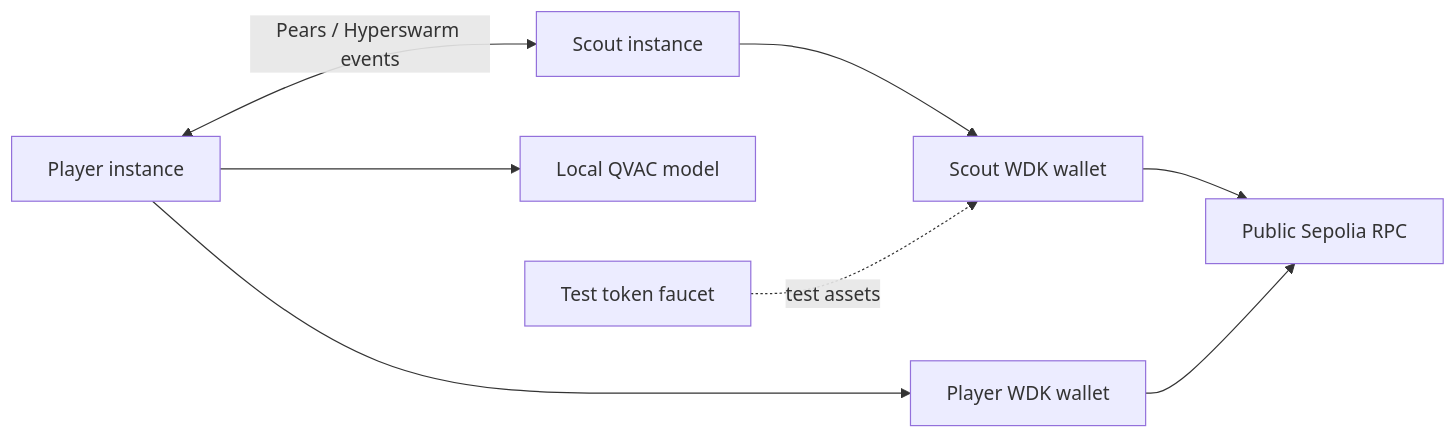
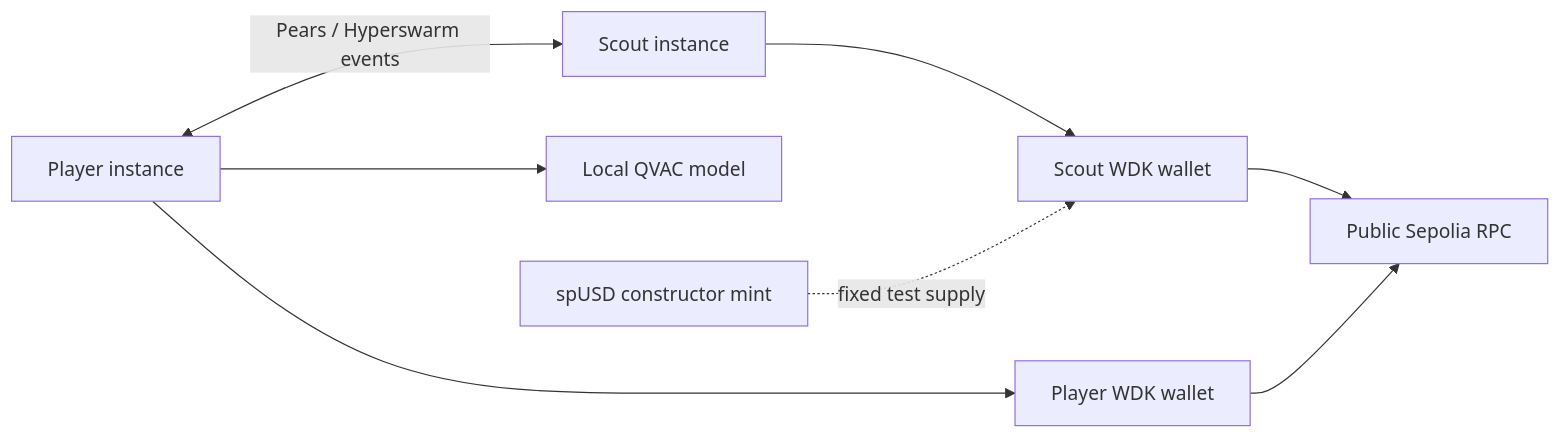
Before and after one commit to emirykl/scoutpass: the first of 4 diagrams in docs/architecture.md, drawn with Mermaid. The commit also changed other lines of this file and 30 other files, not shown here.

Commit message:
feat: complete end-to-end desktop demo flow

````diff
--- a/docs/architecture.md
+++ b/docs/architecture.md
@@ -9,10 +9,10 @@
 ```mermaid
 flowchart LR
   Player[Player instance] <-->|Pears / Hyperswarm events| Scout[Scout instance]
   Player --> QP[Local QVAC model]
   Scout --> WS[Scout WDK wallet]
   Player --> WP[Player WDK wallet]
   WS --> RPC[Public Sepolia RPC]
   WP --> RPC
-  Organizer[Test token faucet] -. test assets .-> WS
+  Deployment[spUSD constructor mint] -. fixed test supply .-> WS
 ```
````
